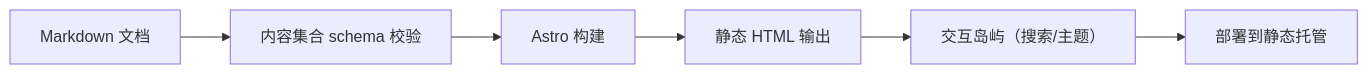
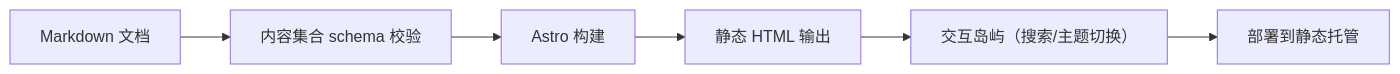
Before and after one commit to complexInG/FANDEX: the diagram in cnt-content/full/055-astro/001-AstroOverview.md, drawn with Mermaid. The commit also changed other lines of this file and 219 other files, not shown here.

````diff
--- a/cnt-content/full/055-astro/001-AstroOverview.md
+++ b/cnt-content/full/055-astro/001-AstroOverview.md
@@ -204,8 +397,8 @@
 ```mermaid
 flowchart LR
     A["Markdown 文档"] --> B["内容集合 schema 校验"]
     B --> C["Astro 构建"]
     C --> D["静态 HTML 输出"]
-    D --> E["交互岛屿（搜索/主题）"]
+    D --> E["交互岛屿（搜索/主题切换）"]
     E --> F["部署到静态托管"]
 ```
````
